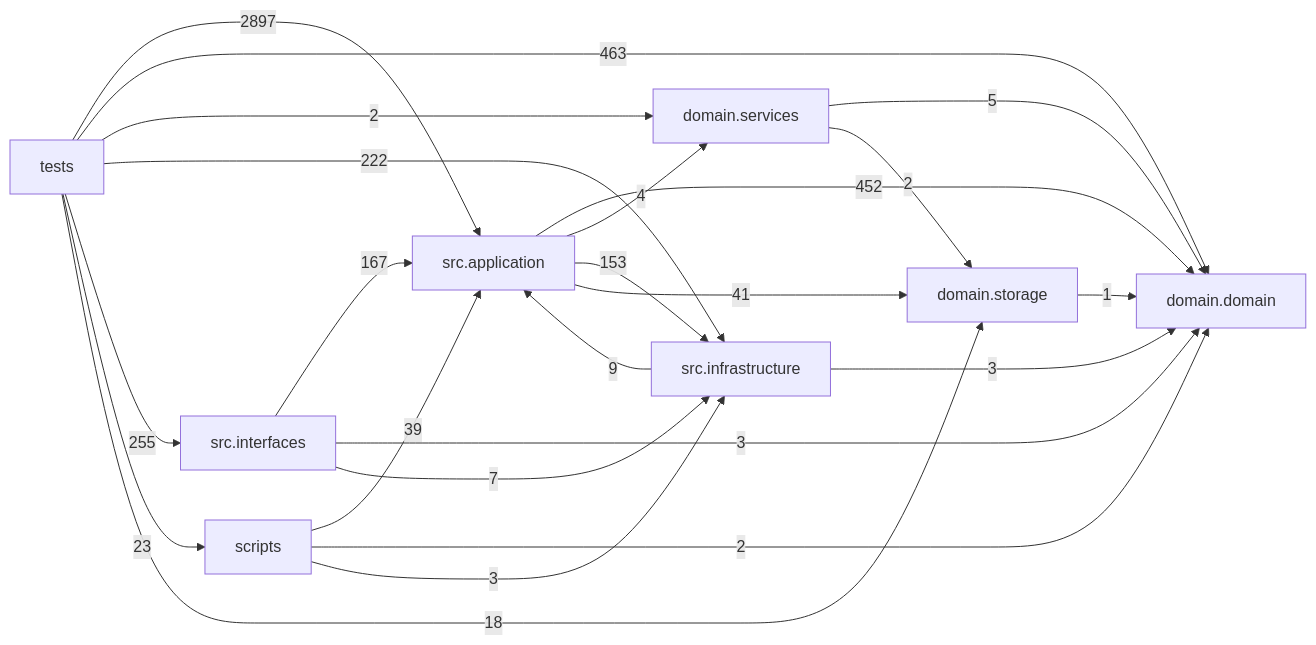
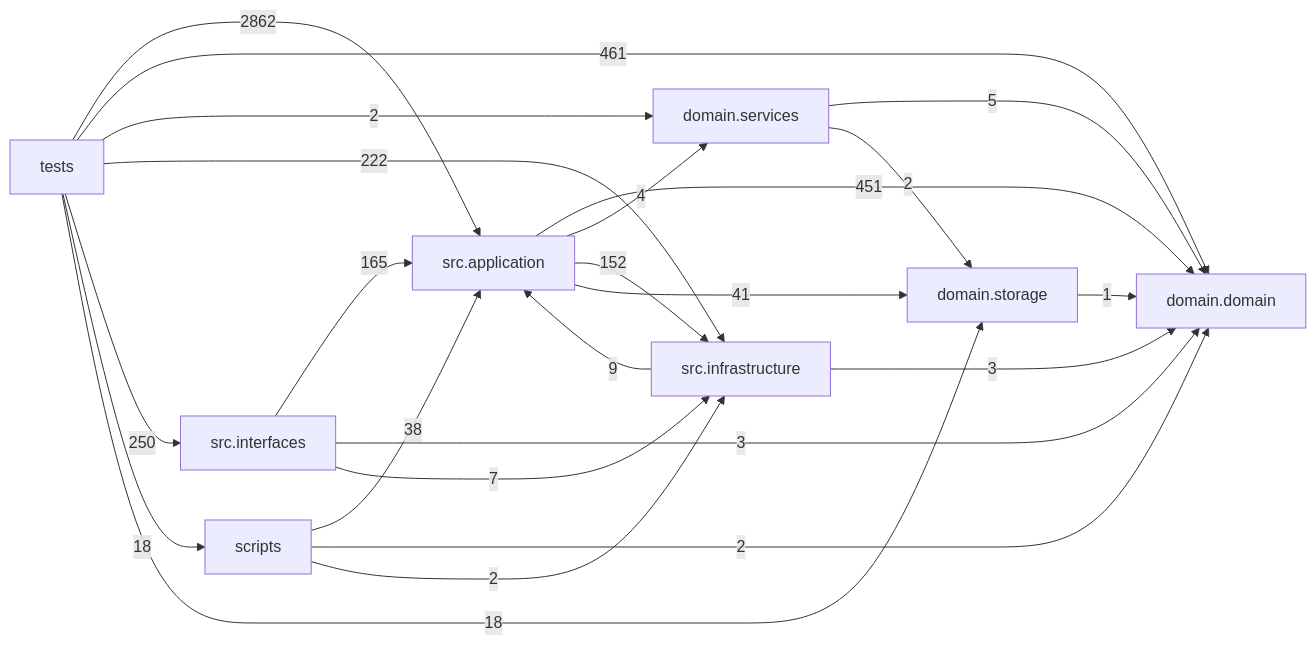
The diagram in docs/DEPENDENCY_GRAPH.md (liuxie066/options-monitor), drawn with Mermaid before and after one commit. The commit also changed other lines of this file and 37 other files, not shown here.

````diff
--- a/docs/DEPENDENCY_GRAPH.md
+++ b/docs/DEPENDENCY_GRAPH.md
@@ -24,33 +24,33 @@
 ```mermaid
 flowchart LR
   tests["tests"]
   scripts["scripts"]
   interfaces["src.interfaces"]
   application["src.application"]
   infrastructure["src.infrastructure"]
   domain_services["domain.services"]
   domain["domain.domain"]
   storage["domain.storage"]
-  application -->|452| domain
+  application -->|451| domain
   application -->|4| domain_services
-  application -->|153| infrastructure
+  application -->|152| infrastructure
   application -->|41| storage
   domain_services -->|5| domain
   domain_services -->|2| storage
   infrastructure -->|9| application
   infrastructure -->|3| domain
-  interfaces -->|167| application
+  interfaces -->|165| application
   interfaces -->|3| domain
   interfaces -->|7| infrastructure
-  scripts -->|39| application
+  scripts -->|38| application
   scripts -->|2| domain
-  scripts -->|3| infrastructure
+  scripts -->|2| infrastructure
   storage -->|1| domain
-  tests -->|2897| application
-  tests -->|463| domain
+  tests -->|2862| application
+  tests -->|461| domain
   tests -->|2| domain_services
   tests -->|222| infrastructure
-  tests -->|255| interfaces
-  tests -->|23| scripts
+  tests -->|250| interfaces
+  tests -->|18| scripts
   tests -->|18| storage
 ```
````
